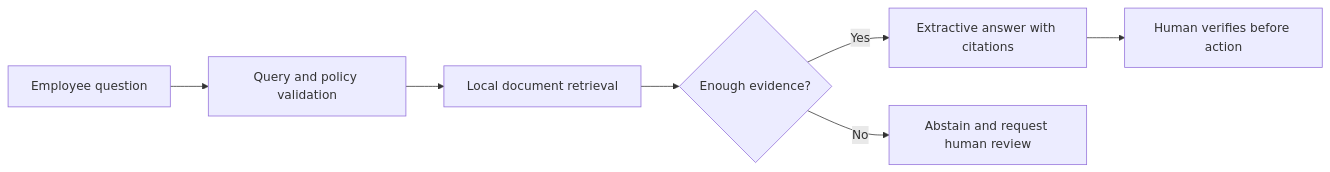
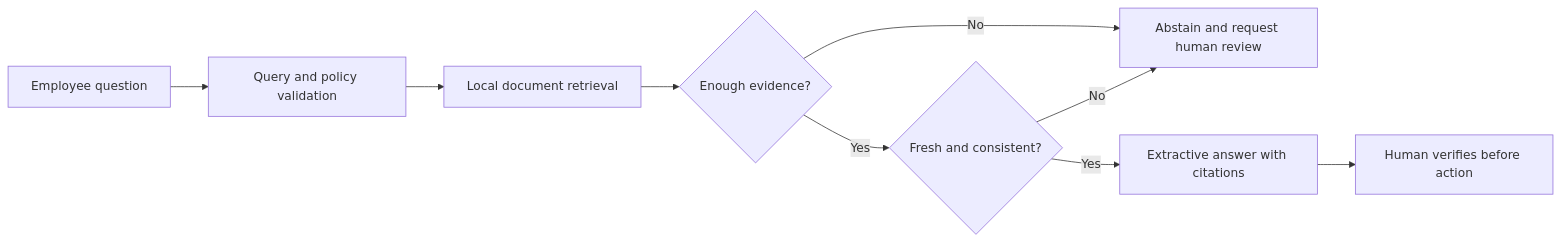
One commit to magicyao2028-pixel/enterprise-knowledge-agent changed the diagram in README.md. Above: the diagram before and after it, drawn with Mermaid. The commit also changed other lines of this file and 19 other files, not shown here.

````diff
--- a/README.md
+++ b/README.md
@@ -43,9 +46,11 @@
 ```mermaid
 flowchart LR
     Q[Employee question] --> V[Query and policy validation]
     V --> R[Local document retrieval]
     R --> E{Enough evidence?}
-    E -->|Yes| A[Extractive answer with citations]
     E -->|No| H[Abstain and request human review]
+    E -->|Yes| G{Fresh and consistent?}
+    G -->|Yes| A[Extractive answer with citations]
+    G -->|No| H
     A --> H2[Human verifies before action]
 ```
````
